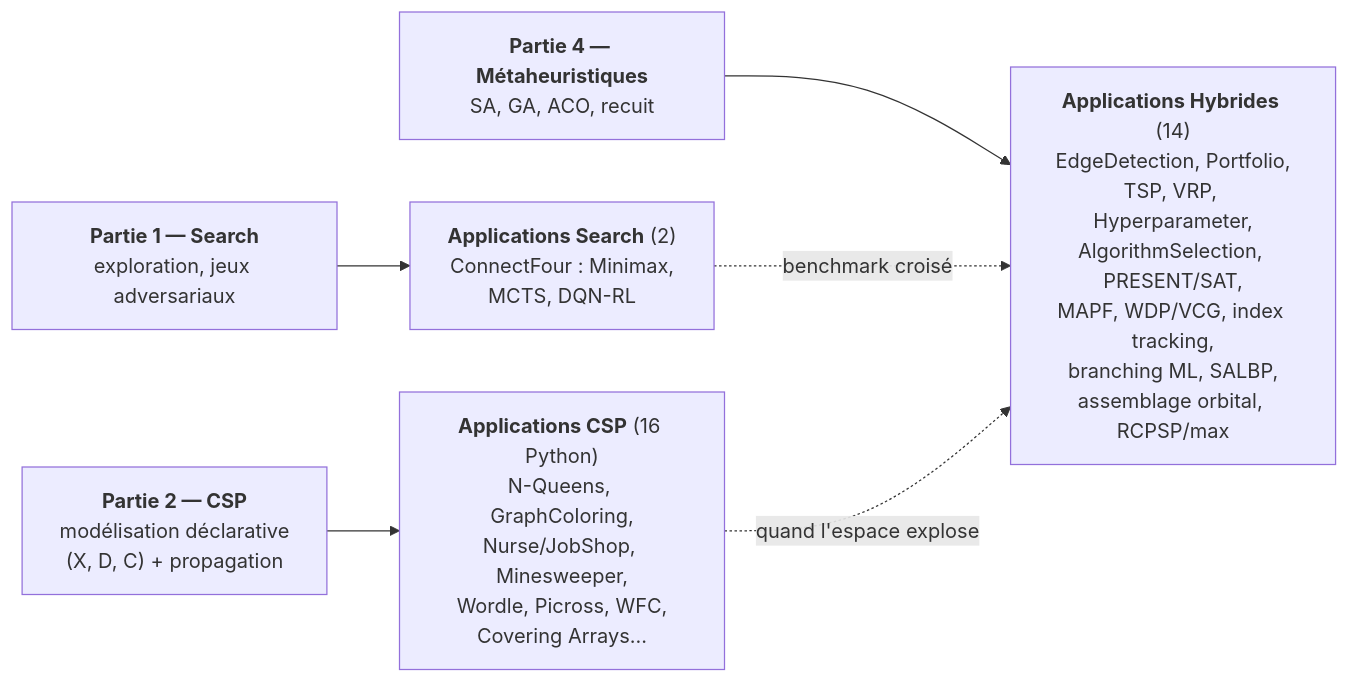
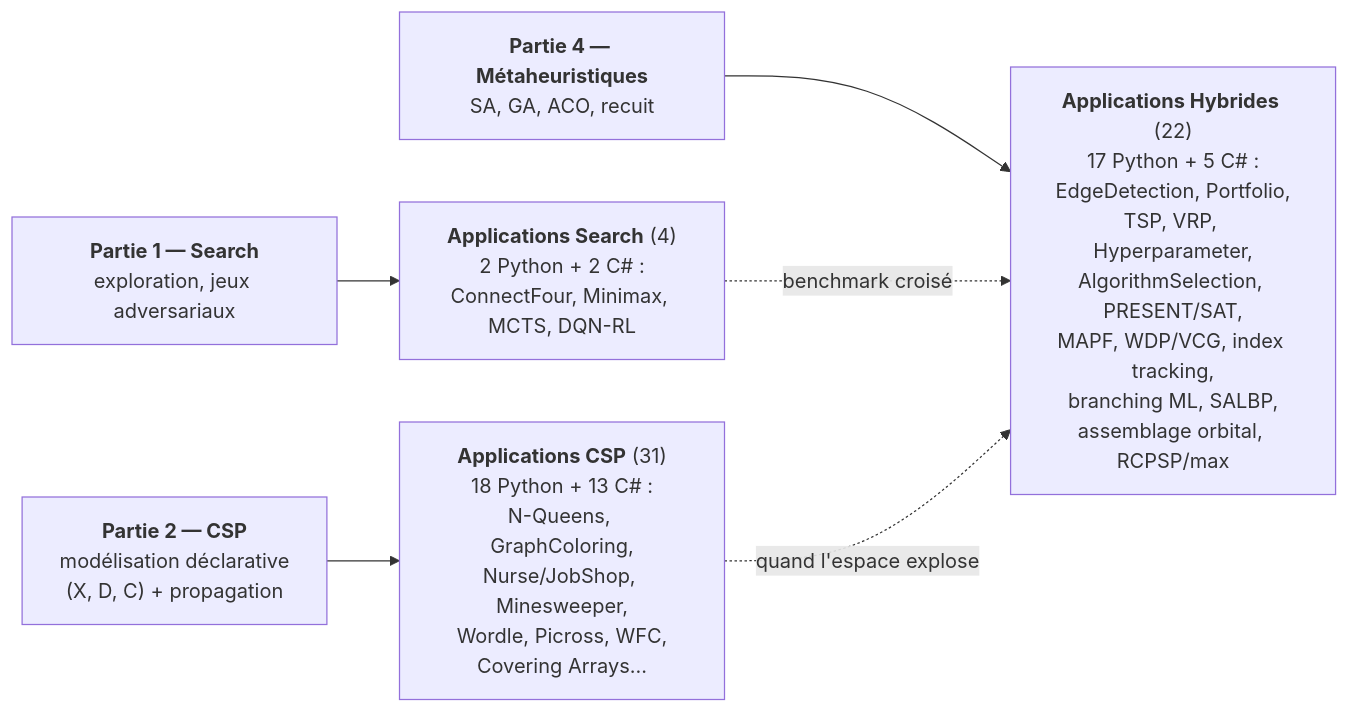
The diagram in MyIA.AI.Notebooks/Search/Applications/README.md (jsboige/CoursIA), drawn with Mermaid before and after one commit. The commit also changed other lines of this file and 2 other files, not shown here.

First line of the commit message:
docs(search,#13751): reconcile links and inventory

````diff
--- a/MyIA.AI.Notebooks/Search/Applications/README.md
+++ b/MyIA.AI.Notebooks/Search/Applications/README.md
@@ -39,14 +39,14 @@
 ```mermaid
 flowchart LR
     P1["<b>Partie 1 — Search</b><br/>exploration, jeux adversariaux"]
     P2["<b>Partie 2 — CSP</b><br/>modélisation déclarative<br/>(X, D, C) + propagation"]
     P4["<b>Partie 4 — Métaheuristiques</b><br/>SA, GA, ACO, recuit"]
-    S["<b>Applications Search</b> (2)<br/>ConnectFour : Minimax,<br/>MCTS, DQN-RL"]
-    C["<b>Applications CSP</b> (16 Python)<br/>N-Queens, GraphColoring,<br/>Nurse/JobShop, Minesweeper,<br/>Wordle, Picross, WFC,<br/>Covering Arrays..."]
-    H["<b>Applications Hybrides</b> (14)<br/>EdgeDetection, Portfolio,<br/>TSP, VRP, Hyperparameter,<br/>AlgorithmSelection, PRESENT/SAT,<br/>MAPF, WDP/VCG, index tracking,<br/>branching ML, SALBP,<br/>assemblage orbital, RCPSP/max"]
+    S["<b>Applications Search</b> (4)<br/>2 Python + 2 C# :<br/>ConnectFour, Minimax, MCTS, DQN-RL"]
+    C["<b>Applications CSP</b> (31)<br/>18 Python + 13 C# :<br/>N-Queens, GraphColoring,<br/>Nurse/JobShop, Minesweeper,<br/>Wordle, Picross, WFC,<br/>Covering Arrays..."]
+    H["<b>Applications Hybrides</b> (22)<br/>17 Python + 5 C# :<br/>EdgeDetection, Portfolio,<br/>TSP, VRP, Hyperparameter,<br/>AlgorithmSelection, PRESENT/SAT,<br/>MAPF, WDP/VCG, index tracking,<br/>branching ML, SALBP,<br/>assemblage orbital, RCPSP/max"]
     P1 --> S
     P2 --> C
     P4 --> H
     S -.->|"benchmark croisé"| H
     C -.->|"quand l'espace explose"| H
 ```
````
